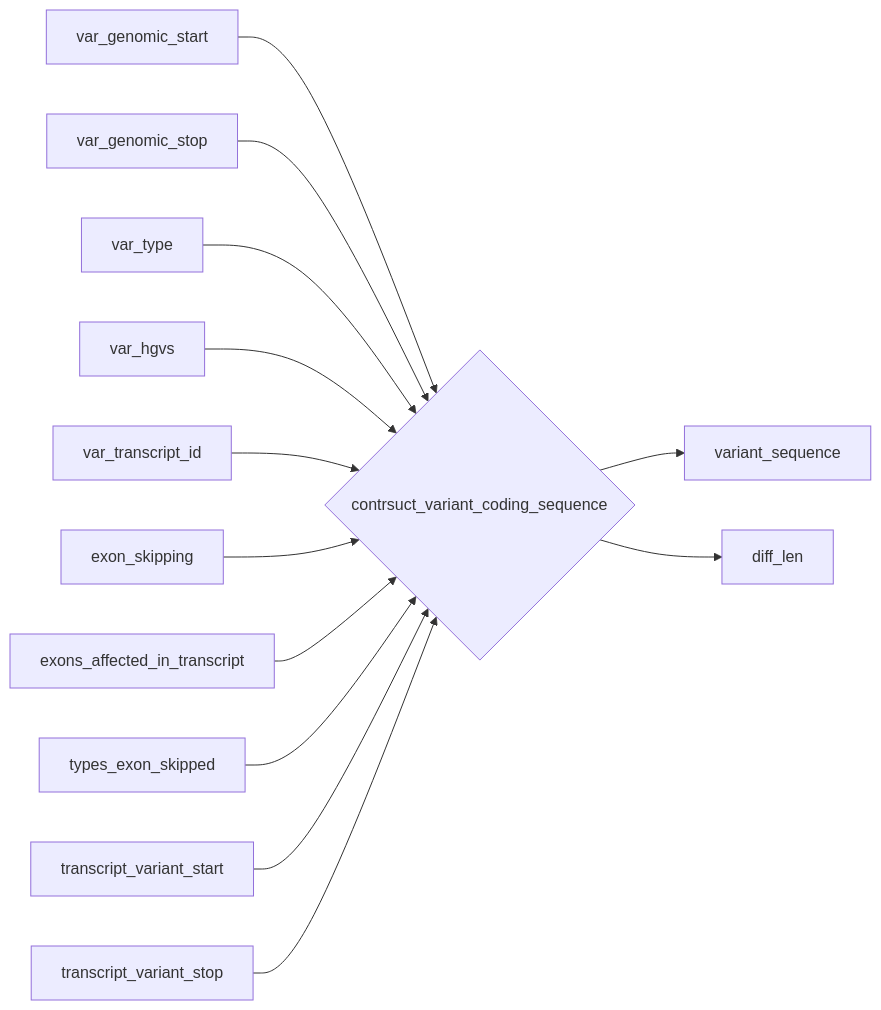
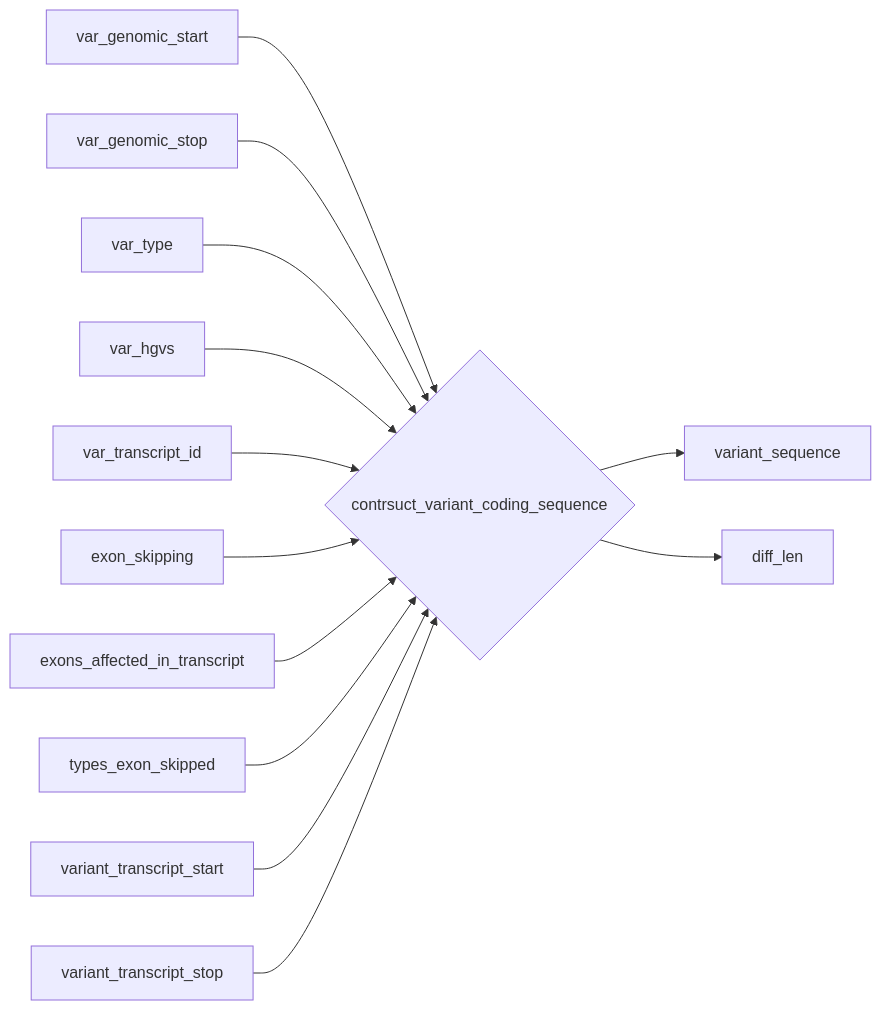
The tenth of 25 diagrams in Software_design/Mermaid.org (akatzke/HerediClassify), drawn with Mermaid before and after one commit. The commit also changed other lines of this file and 28 other files, not shown here.

```diff
--- a/Software_design/Mermaid.org
+++ b/Software_design/Mermaid.org
@@ -196,15 +212,15 @@
-#+begin_src mermaid :file reconstruct_variant_coding_sequence.png
+#+begin_src mermaid :file pvs1_reconstruct_variant_coding_sequence.png
 flowchart LR
    cvs --> variant_sequence
    cvs --> diff_len
    var_genomic_start --> cvs{contrsuct_variant_coding_sequence}
    var_genomic_stop --> cvs
    var_type --> cvs
    var_hgvs --> cvs
    var_transcript_id --> cvs
    exon_skipping --> cvs
    exons_affected_in_transcript --> cvs
    types_exon_skipped --> cvs
-   transcript_variant_start --> cvs
-   transcript_variant_stop --> cvs
+   variant_transcript_start --> cvs
+   variant_transcript_stop --> cvs
 #+end_src
```
